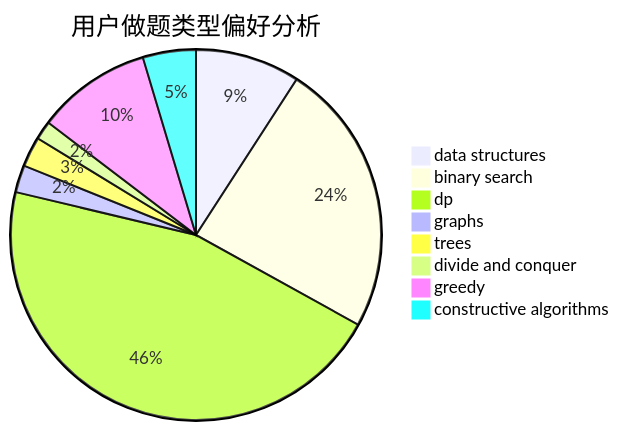
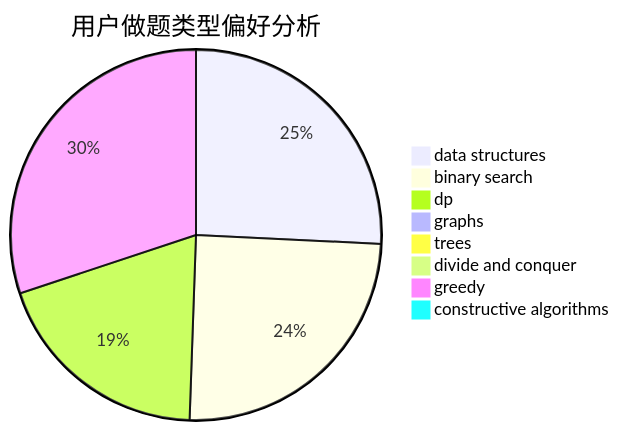
One commit to sherpahu/cfrs.github.io changed the second of 3 diagrams in docs/user/u1799.md. Above: the diagram before and after it, drawn with Mermaid. The commit also changed other lines of this file and 2770 other files, not shown here.

````diff
--- a/docs/user/u1799.md
+++ b/docs/user/u1799.md
@@ -23,11 +23,11 @@
 ```mermaid
 pie title 用户做题类型偏好分析
-    "data structures" :  73
-    "binary search" :  191
-    "dp" :  365
-    "graphs" :  19
-    "trees" :  21
-    "divide and conquer" :  13
-    "greedy" :  80
-    "constructive algorithms" :  37
+    "data structures" :  607
+    "binary search" :  584
+    "dp" :  456
+    "graphs" :  15
+    "trees" :  7
+    "divide and conquer" :  10
+    "greedy" :  709
+    "constructive algorithms" :  2
 ```
````
